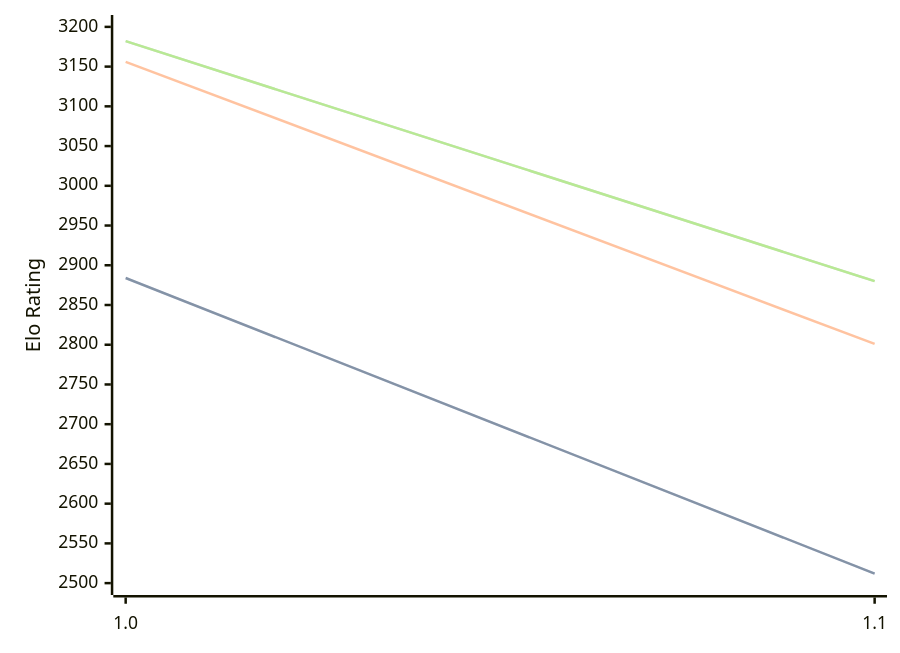
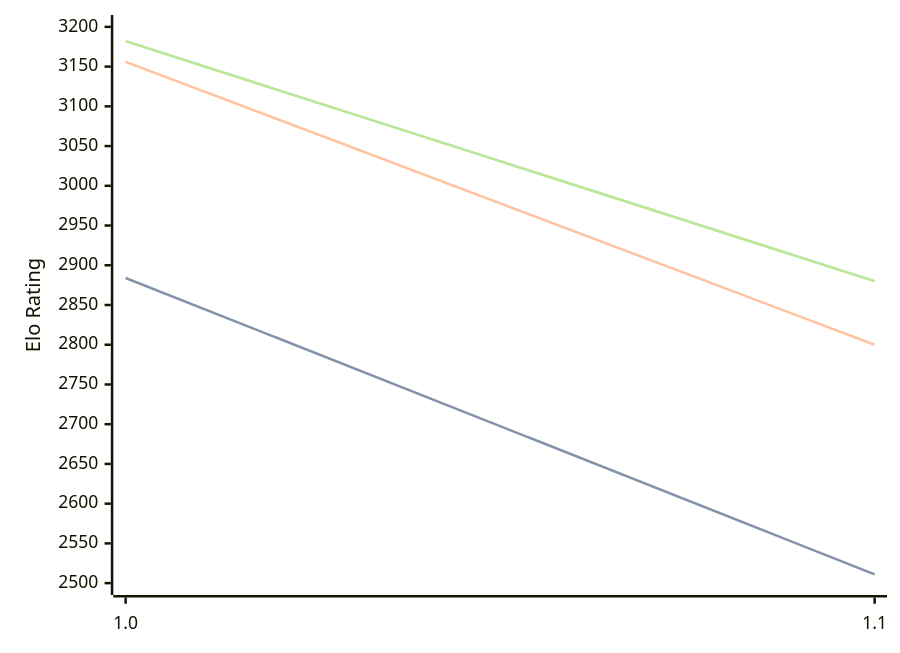
Before and after one commit to computer-chess-index/cci: the diagram in engines/Publius.md, drawn with Mermaid. The commit also changed other lines of this file, not shown here.

````diff
--- a/engines/Publius.md
+++ b/engines/Publius.md
@@ -32,11 +32,11 @@
 ```mermaid
 %%{init: {"theme":"base","themeVariables":{"seriesColors:['#a3a3a3','#222221','#faa371']}}}%%
 xychart-beta
   x-axis ["1.0", "1.1"]
   y-axis "Elo Rating" 2500 --> 3200
-  line "STC (8.0+0.08s)" [2884, 2512]
-  line "STC (8.0+0.08s)" [2884, 2512]
-  line "LTC (60.0+0.60s)" [3156, 2801]
+  line "STC (8.0+0.08s)" [2884, 2511]
+  line "STC (8.0+0.08s)" [2884, 2511]
+  line "LTC (60.0+0.60s)" [3156, 2800]
   line "VLTC (2m24s+1.12s)" [3182, 2880]
   line "VLTC (2m24s+1.12s)" [3182, 2880]
 ```
````
